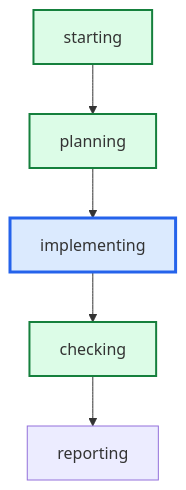
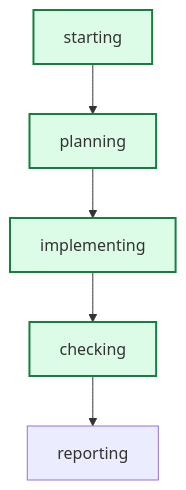
Before and after one commit to daniell0gda/hermes-feature-check-dashboard: the diagram in latest/graph.mmd, drawn with Mermaid. The commit also changed 23 other files, not shown here.

```diff
--- a/latest/graph.mmd
+++ b/latest/graph.mmd
@@ -1,13 +1,13 @@
 graph TD
     starting --> planning
     planning --> implementing
     implementing --> checking
     checking --> reporting
 
 classDef done fill:#dcfce7,stroke:#15803d,stroke-width:2px;
 classDef active fill:#dbeafe,stroke:#2563eb,stroke-width:3px;
 classDef failed fill:#fee2e2,stroke:#b42318,stroke-width:2px;
+class planning done;
 class checking done;
-class implementing active;
-class planning done;
+class implementing done;
 class starting done;
```
